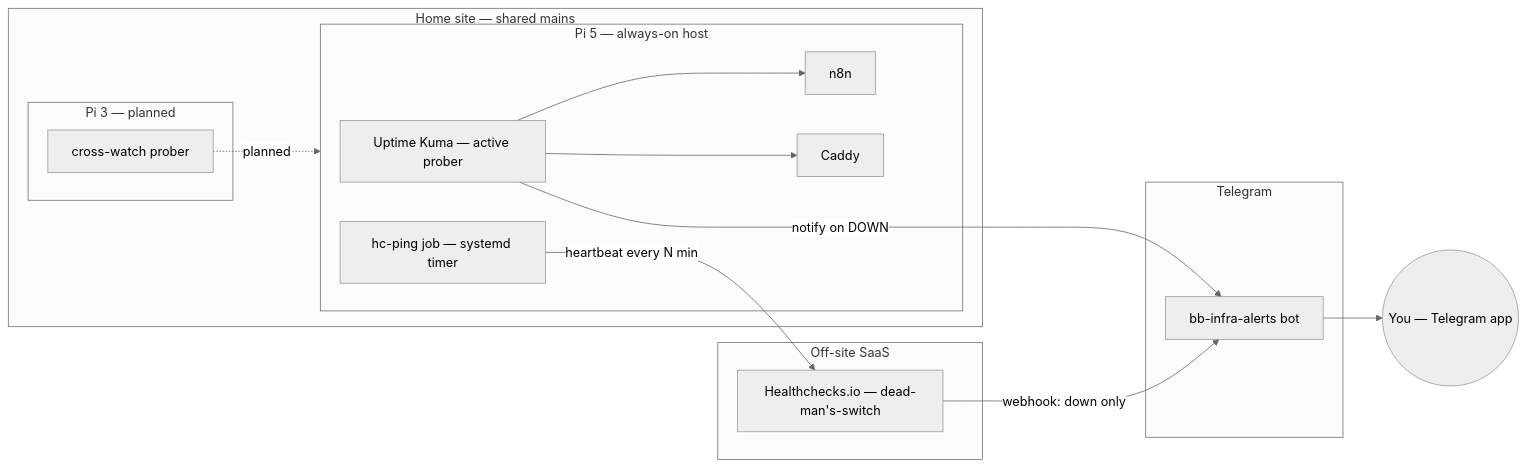
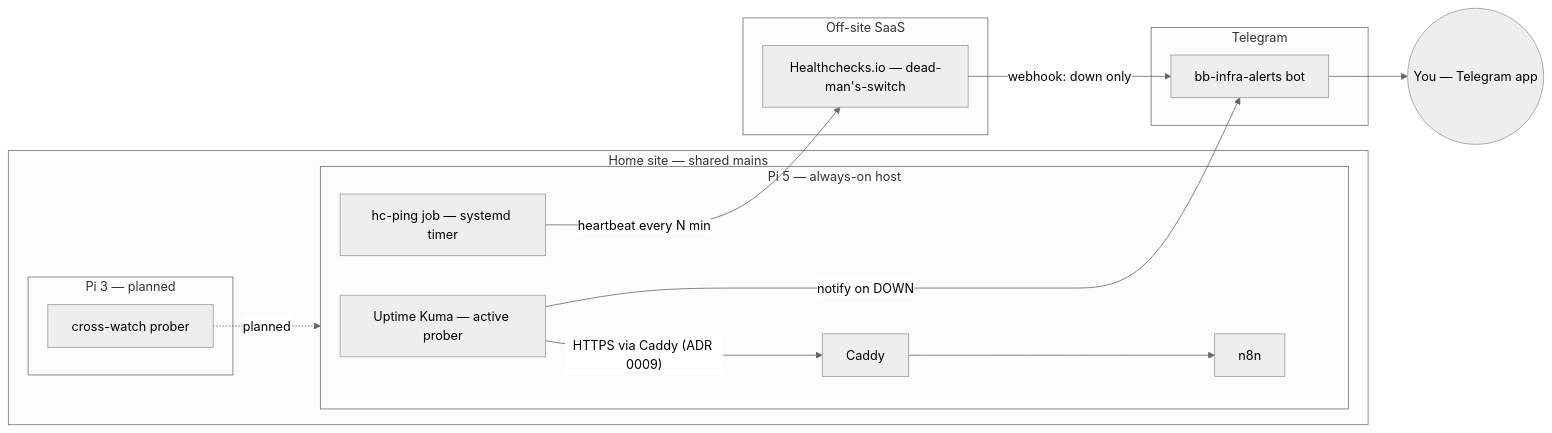
One commit to benoit-bremaud/bb-homelab changed the diagram in docs/architecture/diagrams/monitoring/03-component.md. Above: the diagram before and after it, drawn with Mermaid (neutral theme). The commit also changed 23 other files, not shown here.

````diff
--- a/docs/architecture/diagrams/monitoring/03-component.md
+++ b/docs/architecture/diagrams/monitoring/03-component.md
@@ -21,32 +21,32 @@
 ```mermaid
 flowchart LR
   user(("You — Telegram app"))
 
   subgraph home ["Home site — shared mains"]
     subgraph pi5 ["Pi 5 — always-on host"]
       kuma["Uptime Kuma — active prober"]
       n8n["n8n"]
       caddy["Caddy"]
       hcping["hc-ping job — systemd timer"]
-      kuma --> n8n
-      kuma --> caddy
+      kuma -->|"HTTPS via Caddy (ADR 0009)"| caddy
+      caddy --> n8n
     end
     subgraph pi3 ["Pi 3 — planned"]
       xwatch["cross-watch prober"]
     end
     xwatch -.->|"planned"| pi5
   end
 
   subgraph offsite ["Off-site SaaS"]
     hc["Healthchecks.io — dead-man's-switch"]
   end
 
   subgraph tg ["Telegram"]
     bot["bb-infra-alerts bot"]
   end
 
   hcping -->|"heartbeat every N min"| hc
   kuma -->|"notify on DOWN"| bot
   hc -->|"webhook: down only"| bot
   bot --> user
 ```
````
